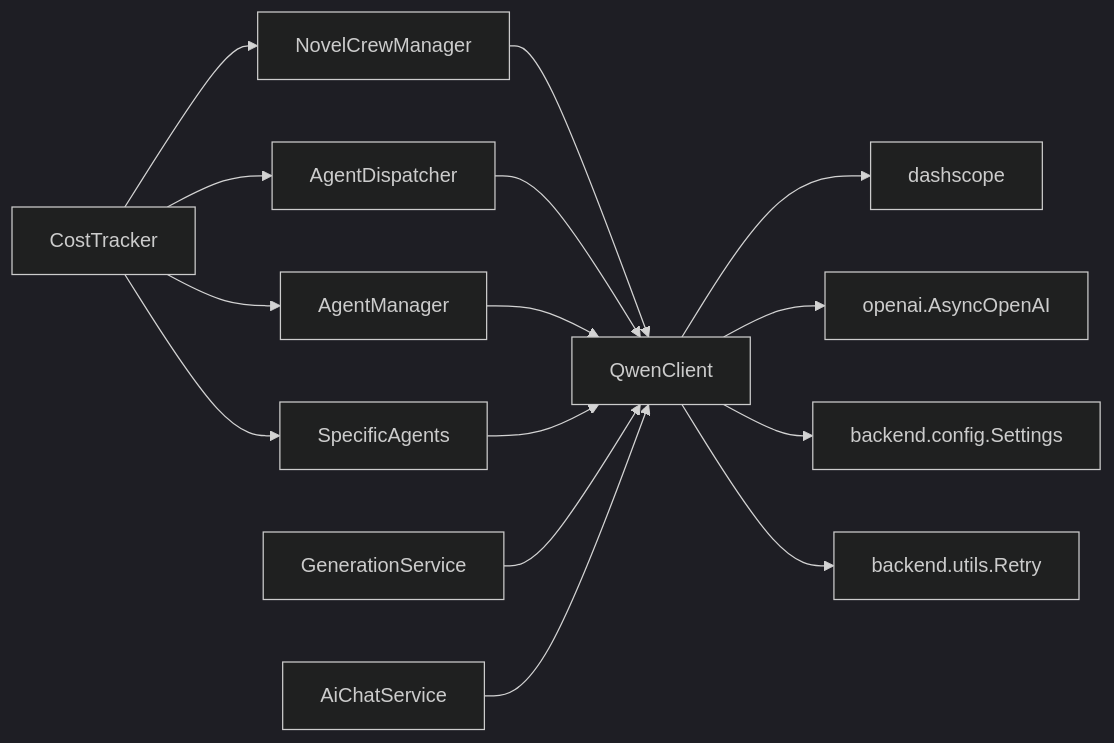
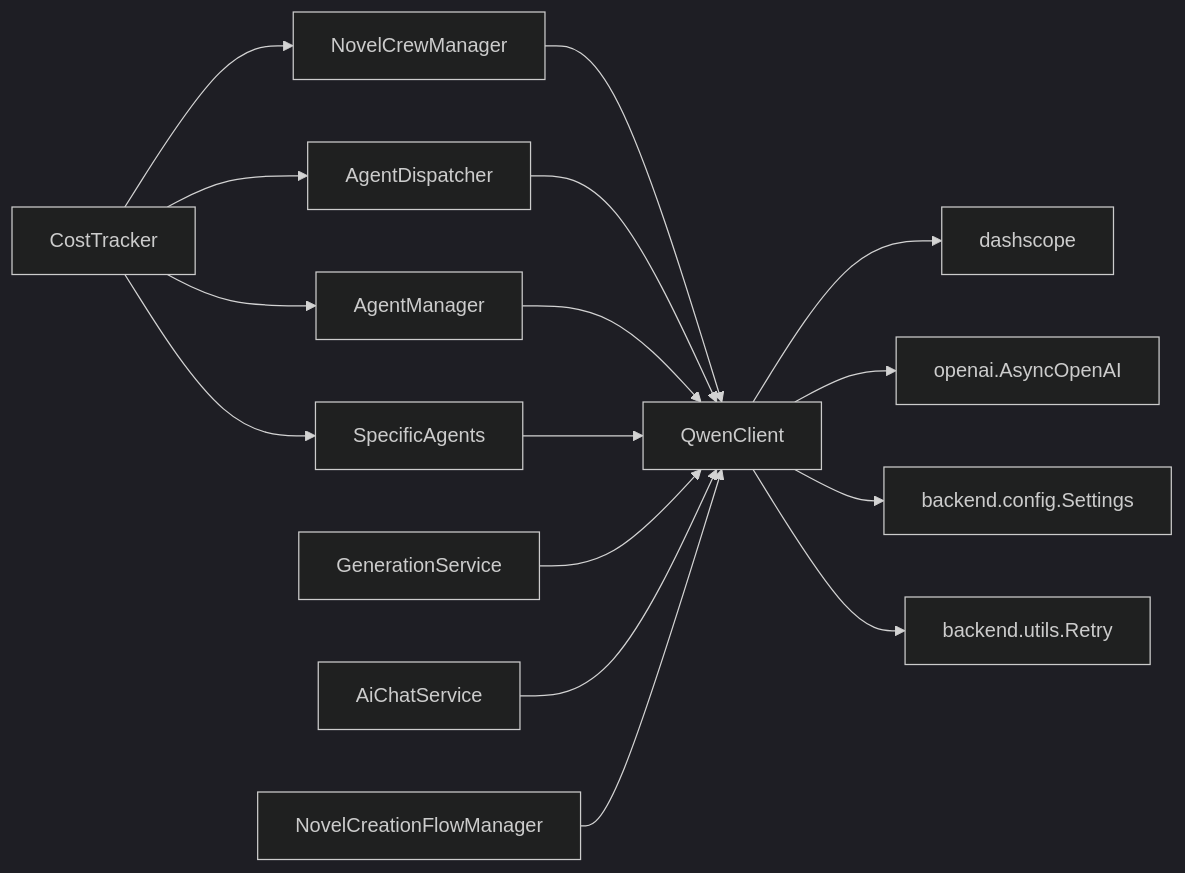
One commit to xfbyxq/ai-novel-system changed the seventh of 7 diagrams in .qoder/repowiki/zh/content/LLM集成架构/LLM客户端封装.md. Above: the diagram before and after it, drawn with Mermaid (dark theme). The commit also changed other lines of this file and 3 other files, not shown here.

````diff
--- a/.qoder/repowiki/zh/content/LLM集成架构/LLM客户端封装.md
+++ b/.qoder/repowiki/zh/content/LLM集成架构/LLM客户端封装.md
@@ -389,17 +402,18 @@
 ```mermaid
 graph LR
 QC["QwenClient"] --> DS["dashscope"]
 QC --> OA["openai.AsyncOpenAI"]
 QC --> CFG["backend.config.Settings"]
 QC --> RT["backend.utils.Retry"]
 CM["NovelCrewManager"] --> QC
 AD["AgentDispatcher"] --> QC
 AM["AgentManager"] --> QC
 SA["SpecificAgents"] --> QC
 GS["GenerationService"] --> QC
 ACS["AiChatService"] --> QC
+NCFM["NovelCreationFlowManager"] --> QC
 CT["CostTracker"] --> CM
 CT --> AD
 CT --> AM
 CT --> SA
 ```
````
